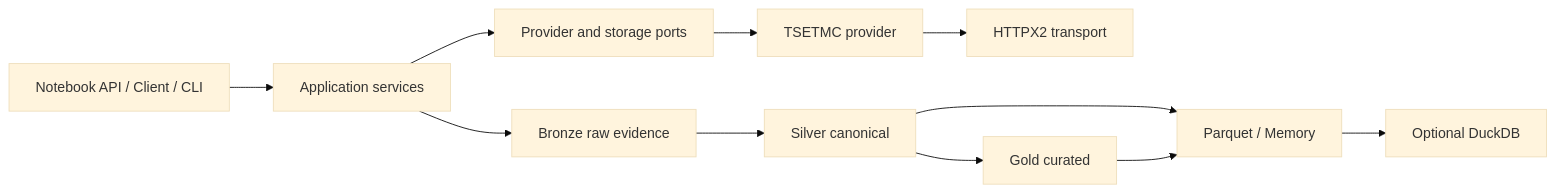
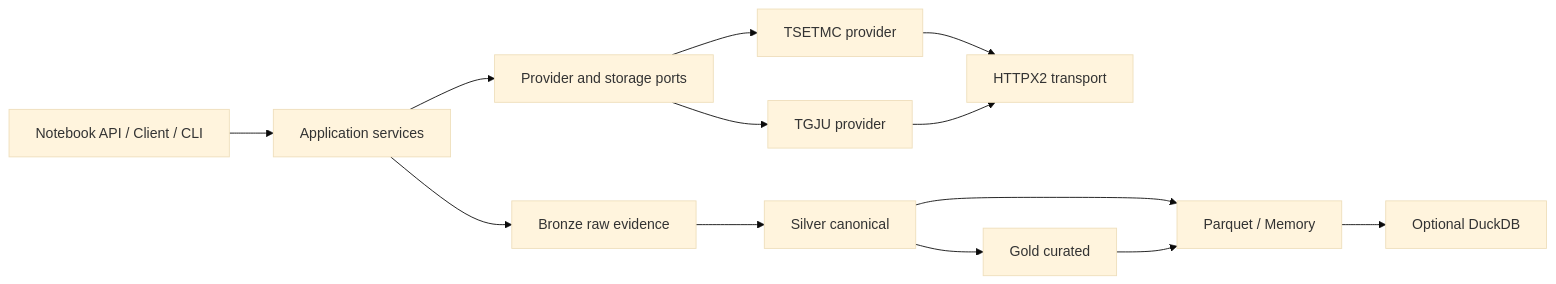
One commit to yghaderi/oxtapus changed the diagram in README.md. Above: the diagram before and after it, drawn with Mermaid (base theme). The commit also changed other lines of this file and 103 other files, not shown here.

````diff
--- a/README.md
+++ b/README.md
@@ -130,13 +161,15 @@
 ```mermaid
 flowchart LR
     API[Notebook API / Client / CLI] --> APP[Application services]
     APP --> PORT[Provider and storage ports]
     PORT --> TS[TSETMC provider]
+    PORT --> TG[TGJU provider]
     TS --> HTTP[HTTPX2 transport]
+    TG --> HTTP
     APP --> B[Bronze raw evidence]
     B --> S[Silver canonical]
     S --> G[Gold curated]
     S --> PQ[Parquet / Memory]
     G --> PQ
     PQ --> DB[Optional DuckDB]
 ```
````
